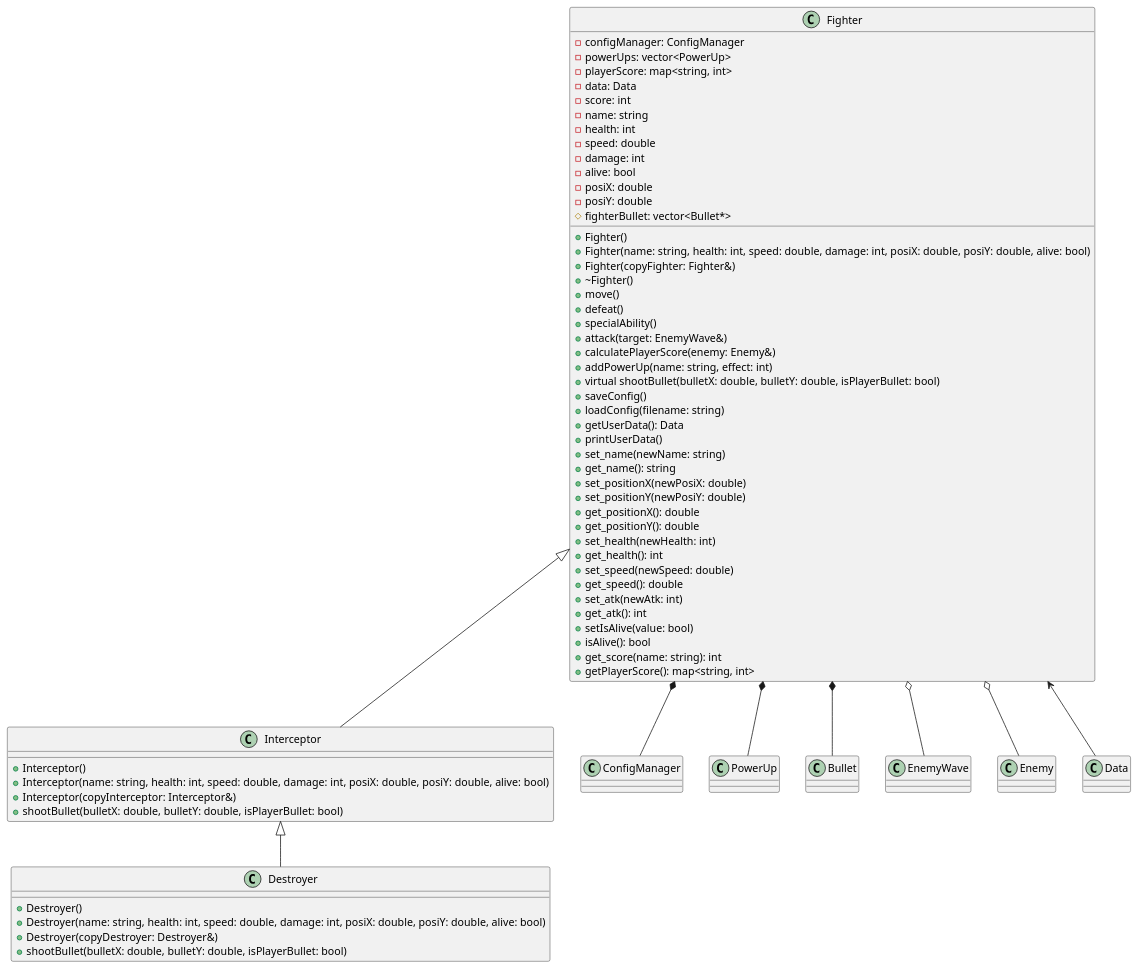
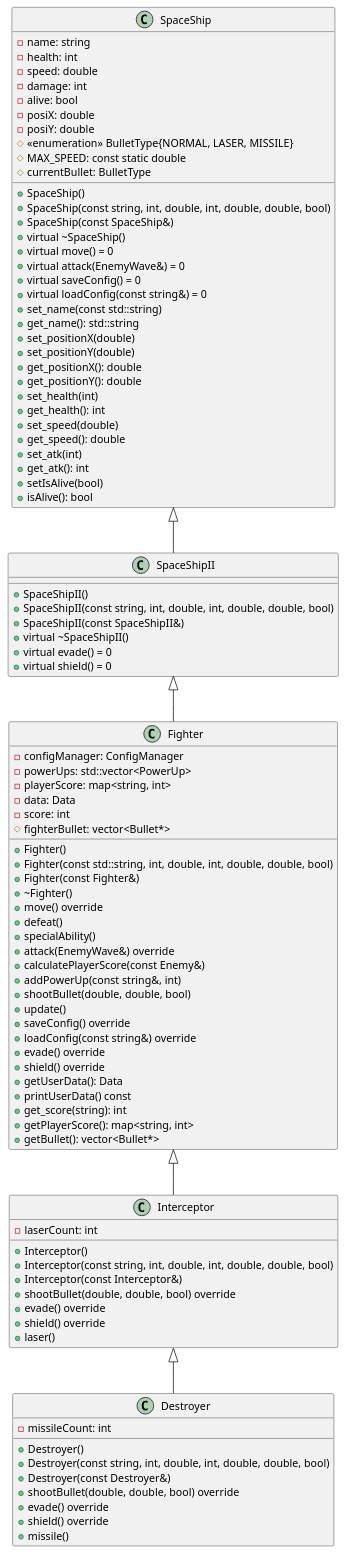
The diagram in UML_Diagrams/fighter.puml (MHorsford/Galaga), drawn with PlantUML before and after one commit. The commit also changed 26 other files, not shown here.

```diff
--- a/UML_Diagrams/fighter.puml
+++ b/UML_Diagrams/fighter.puml
@@ -1,78 +1,105 @@
 @startuml
 
-class Fighter {
-    - configManager: ConfigManager
-    - powerUps: vector<PowerUp>
-    - playerScore: map<string, int>
-    - data: Data
-    - score: int
-    - name: string
-    - health: int
-    - speed: double
-    - damage: int
-    - alive: bool
-    - posiX: double
-    - posiY: double
-    # fighterBullet: vector<Bullet*>
-    + Fighter()
-    + Fighter(name: string, health: int, speed: double, damage: int, posiX: double, posiY: double, alive: bool)
-    + Fighter(copyFighter: Fighter&)
-    + ~Fighter()
-    + move()
-    + defeat()
-    + specialAbility()
-    + attack(target: EnemyWave&)
-    + calculatePlayerScore(enemy: Enemy&)
-    + addPowerUp(name: string, effect: int)
-    + virtual shootBullet(bulletX: double, bulletY: double, isPlayerBullet: bool)
-    + saveConfig()
-    + loadConfig(filename: string)
-    + getUserData(): Data
-    + printUserData()
-    + set_name(newName: string)
-    + get_name(): string
-    + set_positionX(newPosiX: double)
-    + set_positionY(newPosiY: double)
-    + get_positionX(): double
-    + get_positionY(): double
-    + set_health(newHealth: int)
-    + get_health(): int
-    + set_speed(newSpeed: double)
-    + get_speed(): double
-    + set_atk(newAtk: int)
-    + get_atk(): int
-    + setIsAlive(value: bool)
-    + isAlive(): bool
-    + get_score(name: string): int
-    + getPlayerScore(): map<string, int>
+class SpaceShip {
+  -name: string
+  -health: int
+  -speed: double
+  -damage: int
+  -alive: bool
+  -posiX: double
+  -posiY: double
+  #<<enumeration>> BulletType{NORMAL, LASER, MISSILE}
+  #MAX_SPEED: const static double
+  #currentBullet: BulletType
+  +SpaceShip()
+  +SpaceShip(const string, int, double, int, double, double, bool)
+  +SpaceShip(const SpaceShip&)
+  +virtual ~SpaceShip()
+  +virtual move() = 0
+  +virtual attack(EnemyWave&) = 0
+  +virtual saveConfig() = 0
+  +virtual loadConfig(const string&) = 0
+  +set_name(const std::string)
+  +get_name(): std::string
+  +set_positionX(double)
+  +set_positionY(double)
+  +get_positionX(): double
+  +get_positionY(): double
+  +set_health(int)
+  +get_health(): int
+  +set_speed(double)
+  +get_speed(): double
+  +set_atk(int)
+  +get_atk(): int
+  +setIsAlive(bool)
+  +isAlive(): bool
 }
 
-class Interceptor {
-    + Interceptor()
-    + Interceptor(name: string, health: int, speed: double, damage: int, posiX: double, posiY: double, alive: bool)
-    + Interceptor(copyInterceptor: Interceptor&)
-    + shootBullet(bulletX: double, bulletY: double, isPlayerBullet: bool)
+class SpaceShipII {
+  +SpaceShipII()
+  +SpaceShipII(const string, int, double, int, double, double, bool)
+  +SpaceShipII(const SpaceShipII&)
+  +virtual ~SpaceShipII()
+  +virtual evade() = 0
+  +virtual shield() = 0
 }
 
-class Destroyer {
-    + Destroyer()
-    + Destroyer(name: string, health: int, speed: double, damage: int, posiX: double, posiY: double, alive: bool)
-    + Destroyer(copyDestroyer: Destroyer&)
-    + shootBullet(bulletX: double, bulletY: double, isPlayerBullet: bool)
+class Fighter {
+  -configManager: ConfigManager
+  -powerUps: std::vector<PowerUp>
+  -playerScore: map<string, int>
+  -data: Data
+  -score: int
+  #fighterBullet: vector<Bullet*>
+  +Fighter()
+  +Fighter(const std::string, int, double, int, double, double, bool)
+  +Fighter(const Fighter&)
+  +~Fighter()
+  +move() override
+  +defeat()
+  +specialAbility()
+  +attack(EnemyWave&) override
+  +calculatePlayerScore(const Enemy&)
+  +addPowerUp(const string&, int)
+  +shootBullet(double, double, bool)
+  +update()
+  +saveConfig() override
+  +loadConfig(const string&) override
+  +evade() override
+  +shield() override
+  +getUserData(): Data
+  +printUserData() const
+  +get_score(string): int
+  +getPlayerScore(): map<string, int>
+  +getBullet(): vector<Bullet*>
 }
 
+
+class Interceptor {
+  -laserCount: int
+  +Interceptor()
+  +Interceptor(const string, int, double, int, double, double, bool)
+  +Interceptor(const Interceptor&)
+  +shootBullet(double, double, bool) override
+  +evade() override
+  +shield() override
+  +laser()
+}
+
+
+class Destroyer {
+  -missileCount: int
+  +Destroyer()
+  +Destroyer(const string, int, double, int, double, double, bool)
+  +Destroyer(const Destroyer&)
+  +shootBullet(double, double, bool) override
+  +evade() override
+  +shield() override
+  +missile()
+}
+
+SpaceShip <|-- SpaceShipII
+SpaceShipII <|-- Fighter
 Fighter <|-- Interceptor
 Interceptor <|-- Destroyer
-Fighter *-- ConfigManager
-Fighter *-- PowerUp
-Fighter *-- Bullet
-Fighter o-- EnemyWave
-Fighter o-- Enemy
-Fighter <-- Data
-
-
-
-
-
-
 @enduml
```
